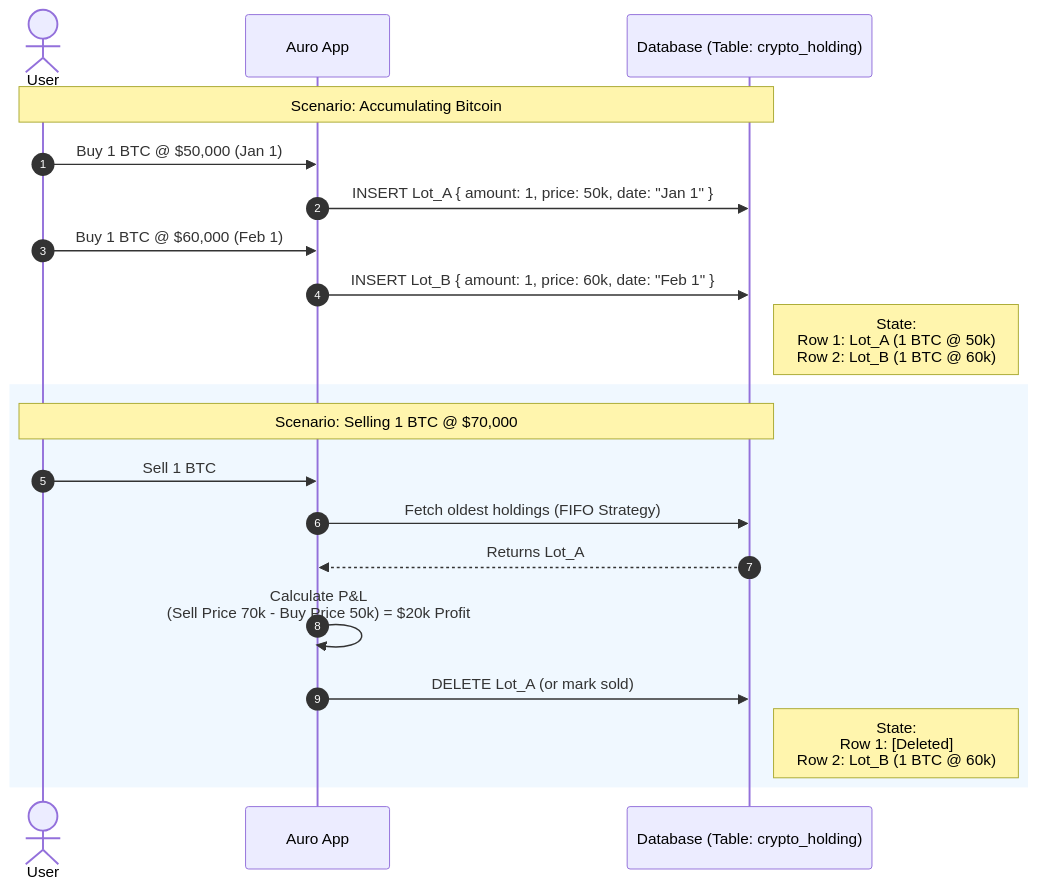
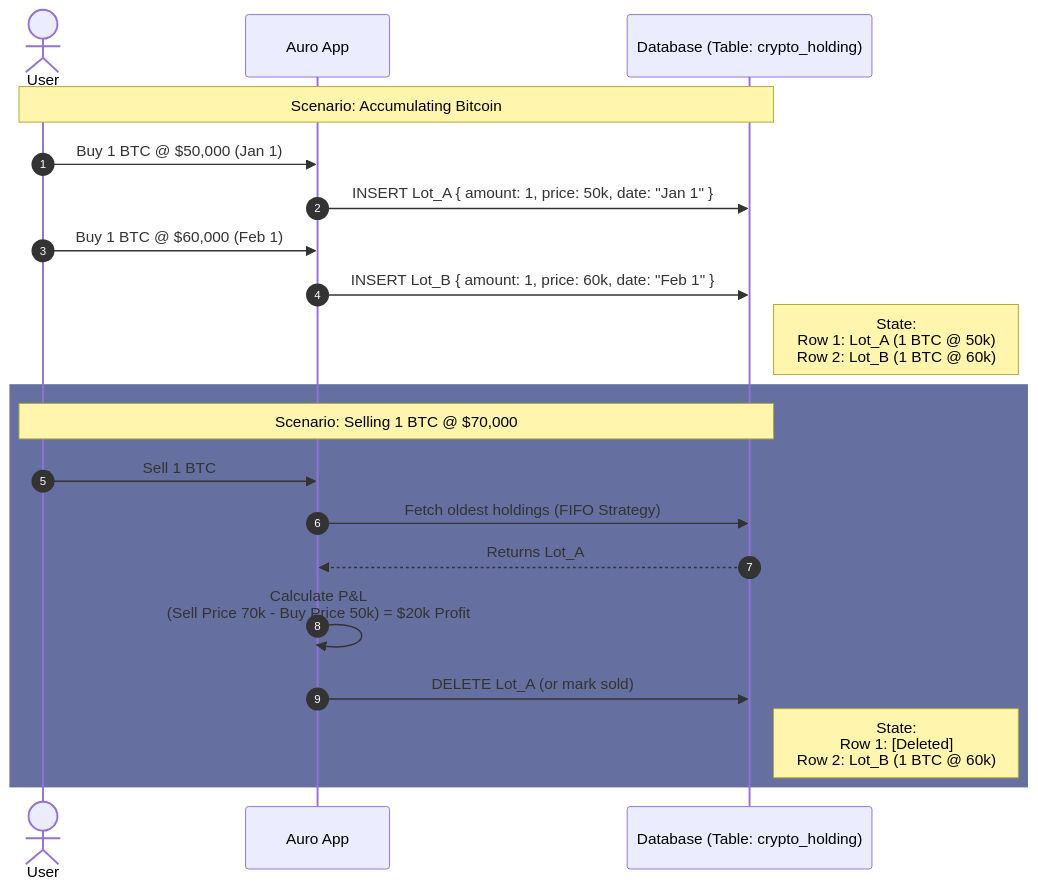
One commit to darwinsubramaniam/aura changed the diagram in docs/architecture/crypto-accounting/model-compare/tax_lot_model.mmd. Above: the diagram before and after it, drawn with Mermaid. The commit also changed 3 other files, not shown here.

Commit message:
docs: rename bridging to XCM Asset Transfer and update flow

```diff
--- a/docs/architecture/crypto-accounting/model-compare/tax_lot_model.mmd
+++ b/docs/architecture/crypto-accounting/model-compare/tax_lot_model.mmd
@@ -1,29 +1,29 @@
 sequenceDiagram
     autonumber
     actor User
     participant App as Auro App
     participant DB as Database (Table: crypto_holding)
 
     Note over User, DB: Scenario: Accumulating Bitcoin
 
     User->>App: Buy 1 BTC @ $50,000 (Jan 1)
     App->>DB: INSERT Lot_A { amount: 1, price: 50k, date: "Jan 1" }
     
     User->>App: Buy 1 BTC @ $60,000 (Feb 1)
     App->>DB: INSERT Lot_B { amount: 1, price: 60k, date: "Feb 1" }
 
     Note right of DB: State:<br/>Row 1: Lot_A (1 BTC @ 50k)<br/>Row 2: Lot_B (1 BTC @ 60k)
 
-    rect rgb(240, 248, 255)
+    rect rgba(101, 112, 160, 1)
         Note over User, DB: Scenario: Selling 1 BTC @ $70,000
         
         User->>App: Sell 1 BTC
         App->>DB: Fetch oldest holdings (FIFO Strategy)
         DB-->>App: Returns Lot_A
         
         App->>App: Calculate P&L<br/>(Sell Price 70k - Buy Price 50k) = $20k Profit
         
         App->>DB: DELETE Lot_A (or mark sold)
         
         Note right of DB: State:<br/>Row 1: [Deleted]<br/>Row 2: Lot_B (1 BTC @ 60k)
     end
```
